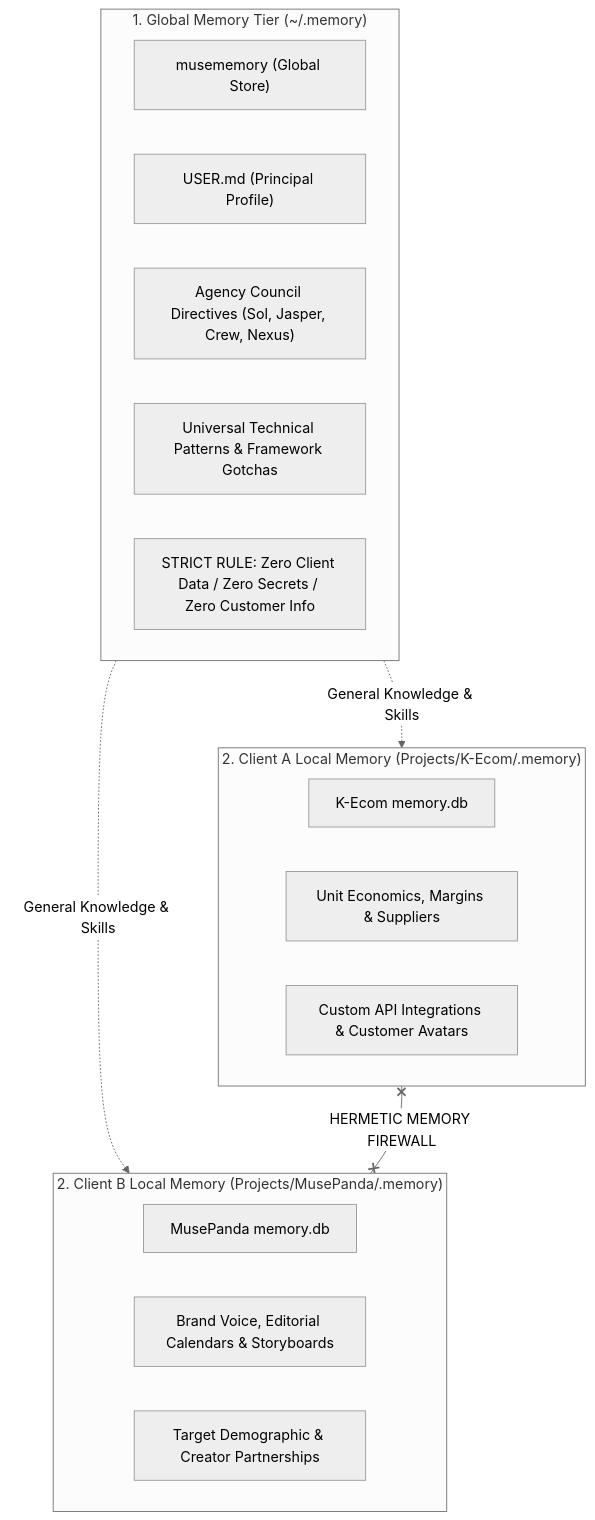
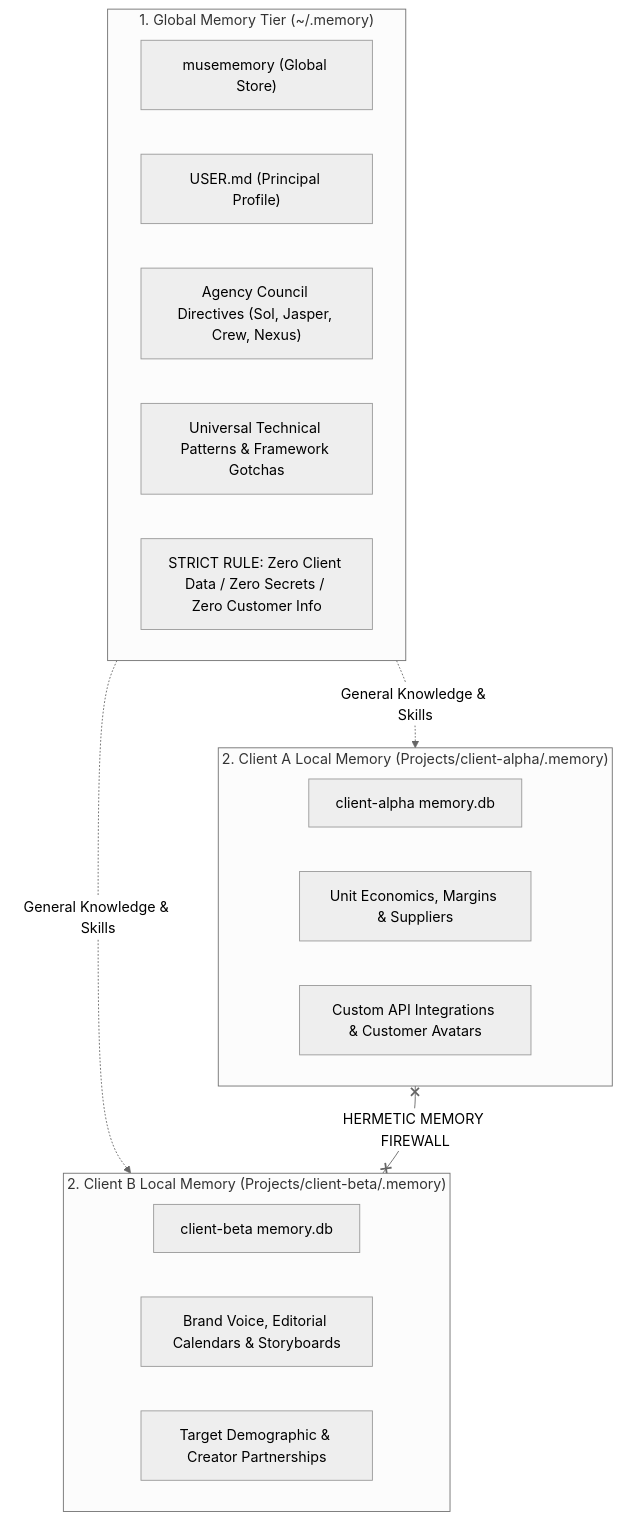
The diagram in ops/references/multi-client.md (harshsinghmp/muse-skills), drawn with Mermaid (neutral theme) before and after one commit. The commit also changed other lines of this file and 38 other files, not shown here.

````diff
--- a/ops/references/multi-client.md
+++ b/ops/references/multi-client.md
@@ -43,26 +39,26 @@
 ```mermaid
 flowchart TD
     subgraph GlobalTier["1. Global Memory Tier (~/.memory)"]
         GM["musememory (Global Store)"]
         UP["USER.md (Principal Profile)"]
         CL["Agency Council Directives (Sol, Jasper, Crew, Nexus)"]
         UT["Universal Technical Patterns & Framework Gotchas"]
         GZ["STRICT RULE: Zero Client Data / Zero Secrets / Zero Customer Info"]
     end
 
-    subgraph ClientA["2. Client A Local Memory (Projects/K-Ecom/.memory)"]
-        MA["K-Ecom memory.db"]
+    subgraph ClientA["2. Client A Local Memory (Projects/client-alpha/.memory)"]
+        MA["client-alpha memory.db"]
         CA1["Unit Economics, Margins & Suppliers"]
         CA2["Custom API Integrations & Customer Avatars"]
     end
 
-    subgraph ClientB["2. Client B Local Memory (Projects/MusePanda/.memory)"]
-        MB["MusePanda memory.db"]
+    subgraph ClientB["2. Client B Local Memory (Projects/client-beta/.memory)"]
+        MB["client-beta memory.db"]
         CB1["Brand Voice, Editorial Calendars & Storyboards"]
         CB2["Target Demographic & Creator Partnerships"]
     end
 
     GlobalTier -.->|General Knowledge & Skills| ClientA
     GlobalTier -.->|General Knowledge & Skills| ClientB
     ClientA x-- "HERMETIC MEMORY FIREWALL" --x ClientB
 ```
````
